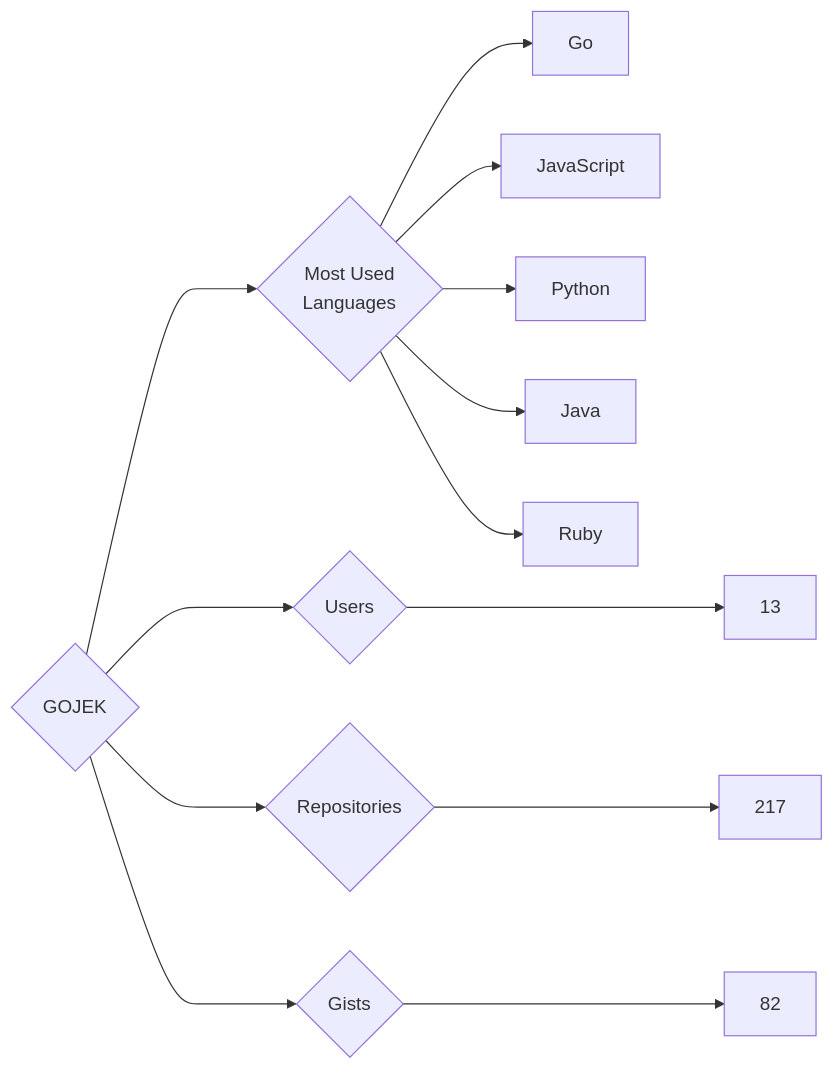
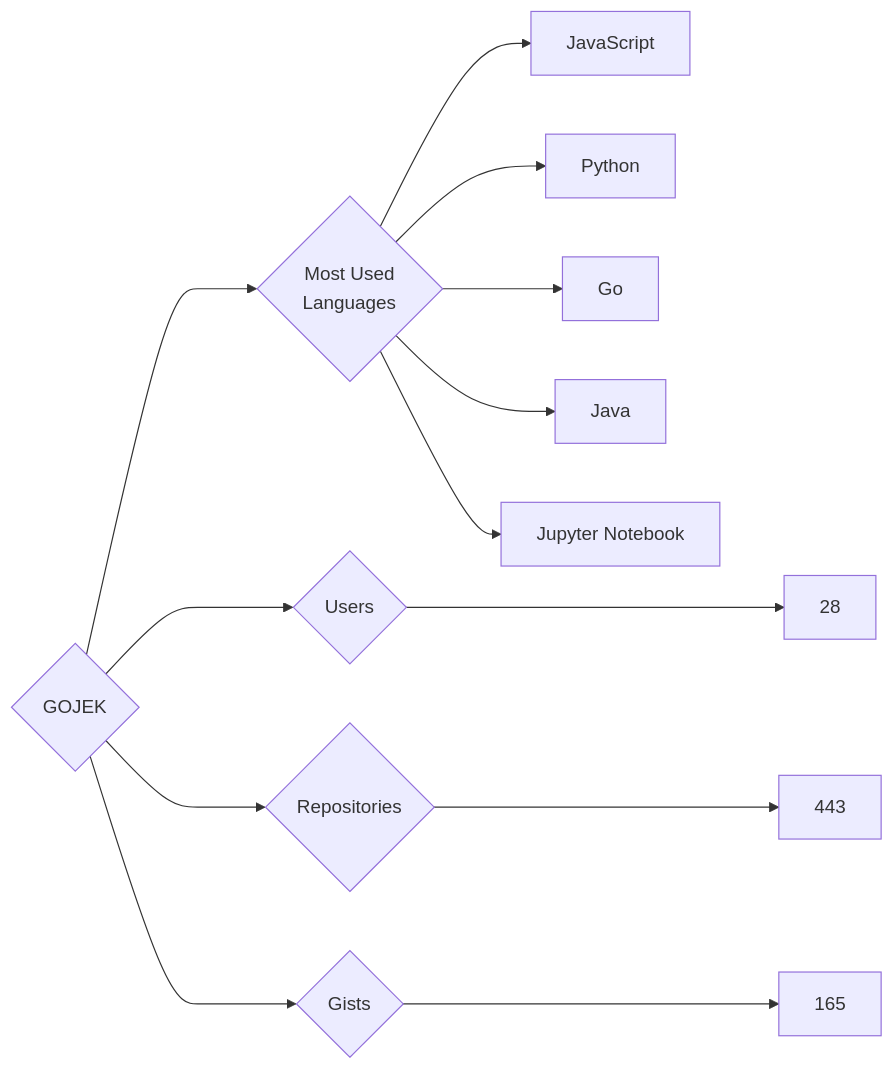
The diagram in targets/GOJEK/README.md (trickest/insiders), drawn with Mermaid before and after one commit. The commit also changed 640 other files, not shown here.

````diff
--- a/targets/GOJEK/README.md
+++ b/targets/GOJEK/README.md
@@ -3,13 +3,13 @@
 ```mermaid
 graph LR
 COMPANY_NAME{GOJEK}
-COMPANY_NAME ---> U{Users} ---> UN[13]
-COMPANY_NAME ---> R{Repositories} ---> RN[217]
-COMPANY_NAME ---> G{Gists} ---> GN[82]
+COMPANY_NAME ---> U{Users} ---> UN[28]
+COMPANY_NAME ---> R{Repositories} ---> RN[443]
+COMPANY_NAME ---> G{Gists} ---> GN[165]
 COMPANY_NAME ---> ML{Most Used<br>Languages}
-ML --> Go[Go]
 ML --> JavaScript[JavaScript]
 ML --> Python[Python]
+ML --> Go[Go]
 ML --> Java[Java]
-ML --> Ruby[Ruby]
+ML --> Jupyter_Notebook[Jupyter Notebook]
 ```
````
